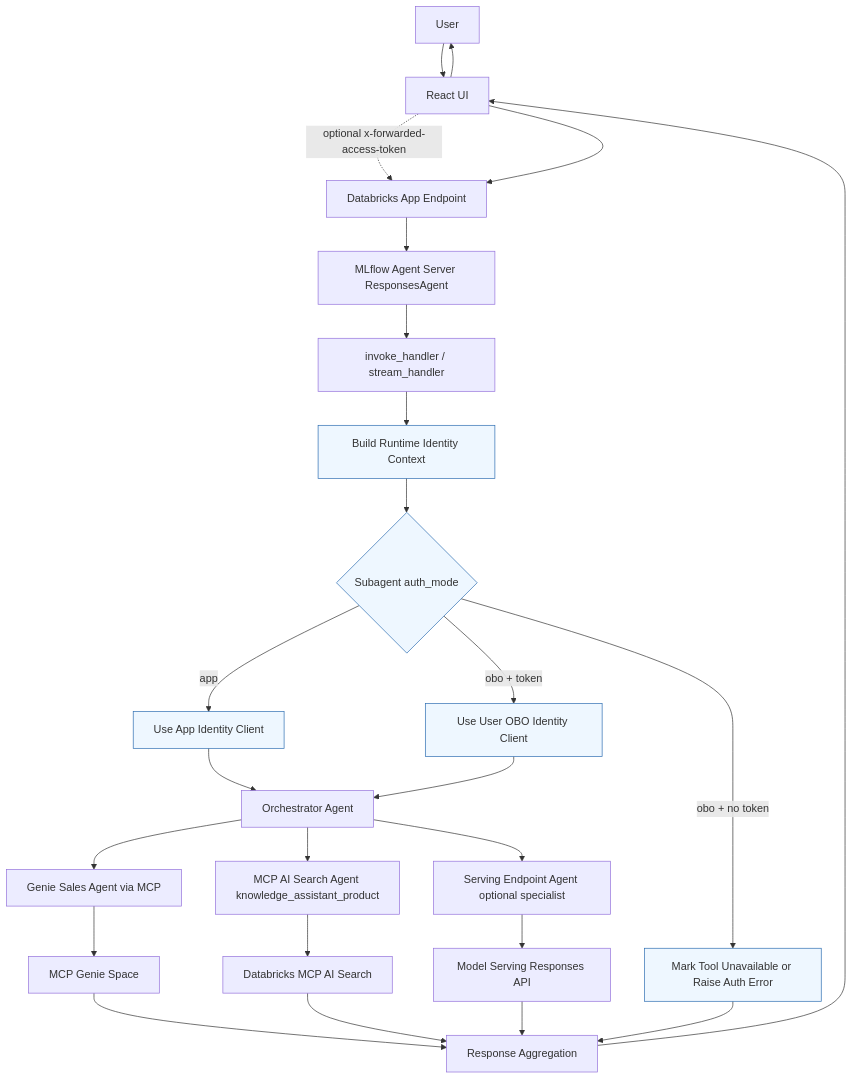
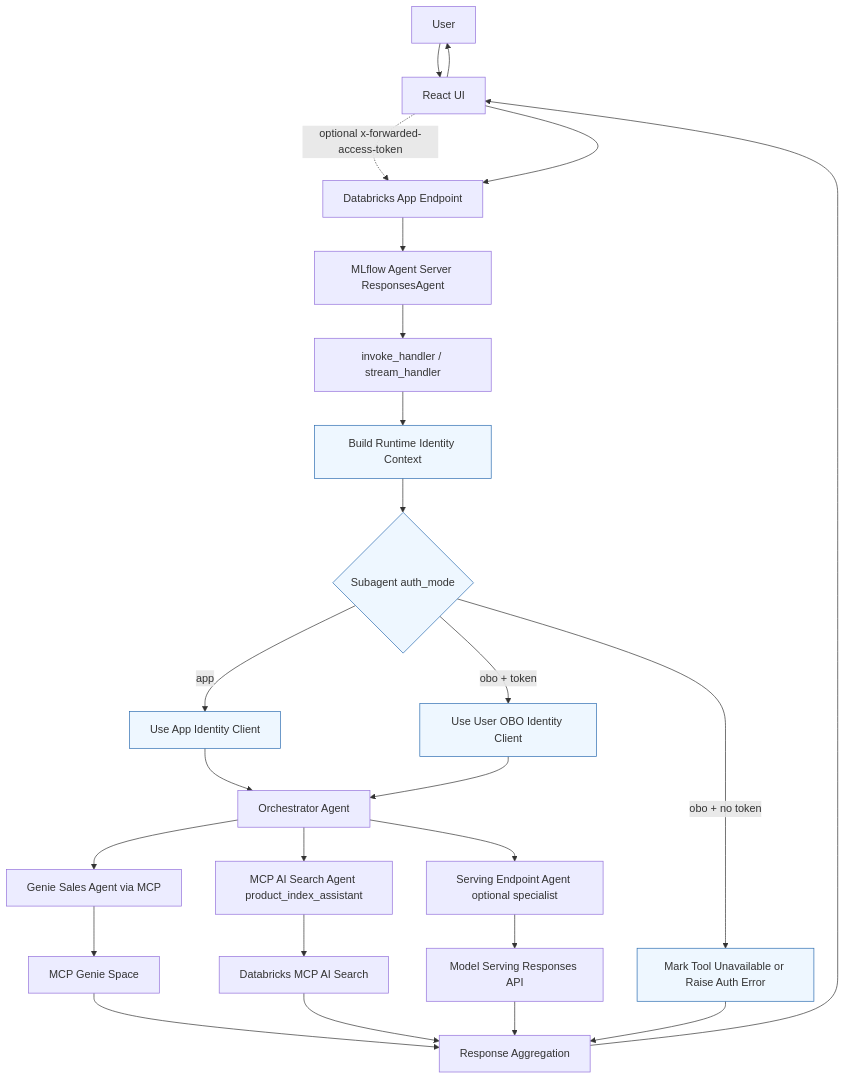
One commit to wchen-dea/Multi-Agent-App-On-Databricks changed the second of 2 diagrams in docs/architecture/system-architecture.md. Above: the diagram before and after it, drawn with Mermaid. The commit also changed 16 other files, not shown here.

````diff
--- a/docs/architecture/system-architecture.md
+++ b/docs/architecture/system-architecture.md
@@ -139,34 +139,34 @@
 ```mermaid
 flowchart TD
     U[User]
     U --> UI[React UI]
     UI -.optional x-forwarded-access-token.-> APP
     UI --> APP[Databricks App Endpoint]
     APP --> S[MLflow Agent Server ResponsesAgent]
     S --> H[invoke_handler / stream_handler]
     H --> C[Build Runtime Identity Context]
     C --> D{Subagent auth_mode}
     D -->|app| AID[Use App Identity Client]
     D -->|obo + token| OID[Use User OBO Identity Client]
     D -->|obo + no token| ERR[Mark Tool Unavailable or Raise Auth Error]
     AID --> O[Orchestrator Agent]
     OID --> O
 
     O --> G[Genie Sales Agent via MCP]
-    O --> K[MCP AI Search Agent knowledge_assistant_product]
+    O --> K[MCP AI Search Agent product_index_assistant]
     O --> L[Serving Endpoint Agent optional specialist]
 
     G --> M[MCP Genie Space]
     K --> R1[Databricks MCP AI Search]
     L --> R2[Model Serving Responses API]
 
     M --> R[Response Aggregation]
     R1 --> R
     R2 --> R
     ERR --> R
     R --> UI
     UI --> U
 
     classDef auth fill:#eef7ff,stroke:#2b6cb0,stroke-width:1px;
     class C,D,AID,OID,ERR auth;
 ```
````
